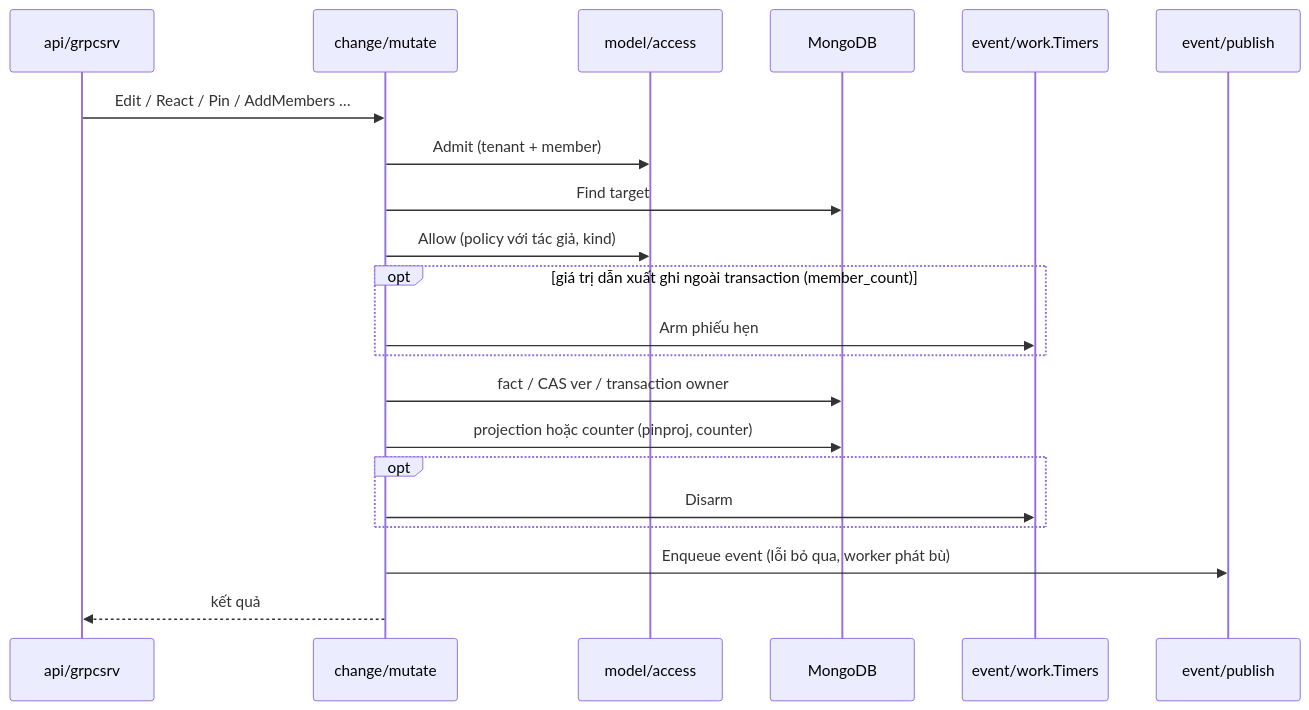
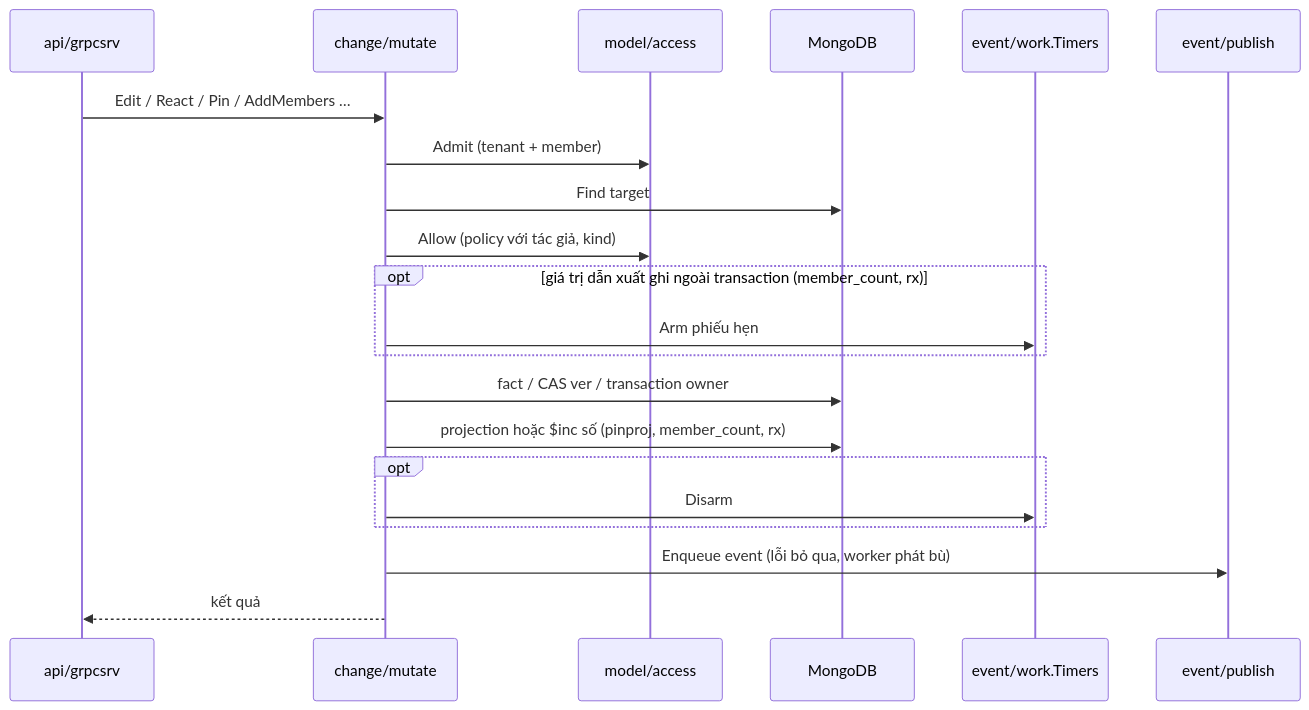
The fourth of 6 diagrams in docs/designs/2026-10-04-chat-architecture-components.md (ivannguyendev/chatim), drawn with Mermaid before and after one commit. The commit also changed other lines of this file and 6 other files, not shown here.

````diff
--- a/docs/designs/2026-10-04-chat-architecture-components.md
+++ b/docs/designs/2026-10-04-chat-architecture-components.md
@@ -163,24 +162,24 @@
 ```mermaid
 sequenceDiagram
     participant Srv as api/grpcsrv
     participant M as change/mutate
     participant AC as model/access
     participant DB as MongoDB
     participant T as event/work.Timers
     participant P as event/publish
 
     Srv->>M: Edit / React / Pin / AddMembers …
     M->>AC: Admit (tenant + member)
     M->>DB: Find target
     M->>AC: Allow (policy với tác giả, kind)
-    opt giá trị dẫn xuất ghi ngoài transaction (member_count)
+    opt giá trị dẫn xuất ghi ngoài transaction (member_count, rx)
         M->>T: Arm phiếu hẹn
     end
     M->>DB: fact / CAS ver / transaction owner
-    M->>DB: projection hoặc counter (pinproj, counter)
+    M->>DB: projection hoặc $inc số (pinproj, member_count, rx)
     opt
         M->>T: Disarm
     end
     M->>P: Enqueue event (lỗi bỏ qua, worker phát bù)
     M-->>Srv: kết quả
 ```
````
